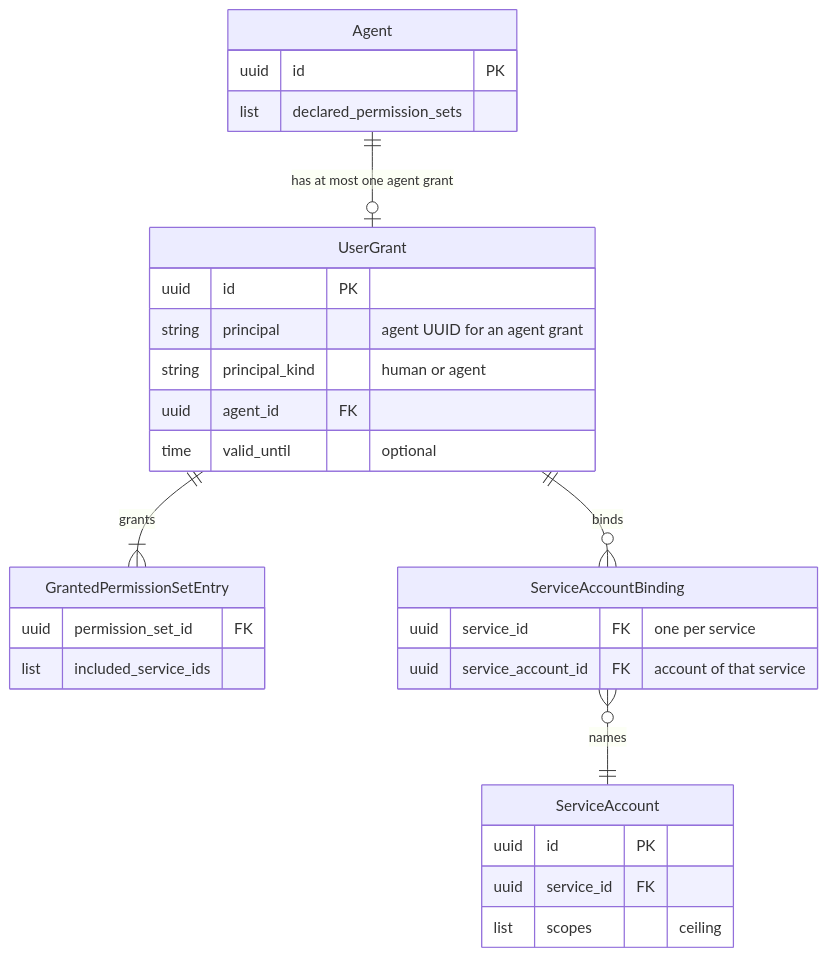
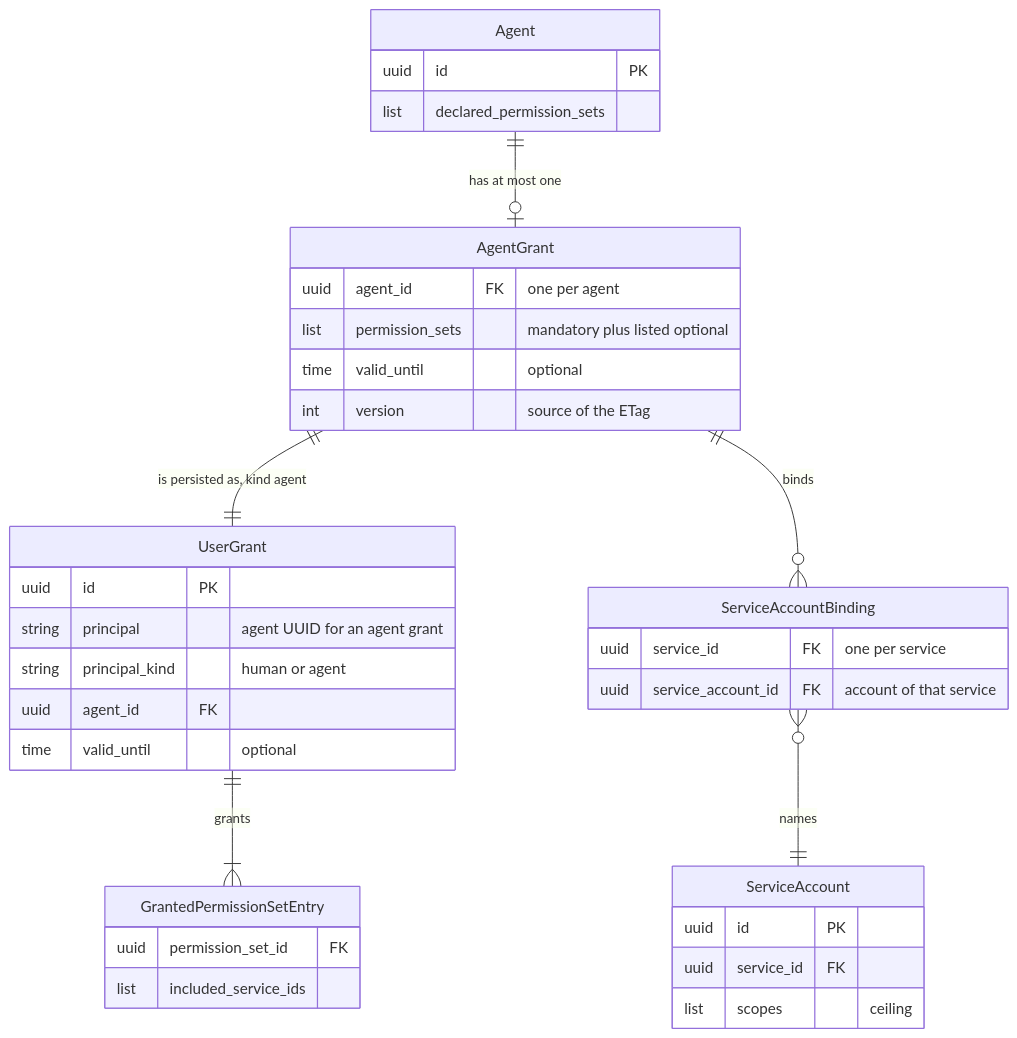
One commit to zalando-incubator/agentic-identity-broker changed the first of 2 diagrams in specs/20261127-144837-agent-grants/spec.md. Above: the diagram before and after it, drawn with Mermaid. The commit also changed other lines of this file, not shown here.

First line of the commit message:
docs(spec): agent grants always include mandatory permission sets

````diff
--- a/specs/20261127-144837-agent-grants/spec.md
+++ b/specs/20261127-144837-agent-grants/spec.md
@@ -424,31 +424,38 @@
 ```mermaid
 erDiagram
     Agent {
         uuid id PK
         list declared_permission_sets
+    }
+    AgentGrant {
+        uuid agent_id FK "one per agent"
+        list permission_sets "mandatory plus listed optional"
+        time valid_until "optional"
+        int version "source of the ETag"
     }
     UserGrant {
         uuid id PK
         string principal "agent UUID for an agent grant"
         string principal_kind "human or agent"
         uuid agent_id FK
         time valid_until "optional"
     }
     GrantedPermissionSetEntry {
         uuid permission_set_id FK
         list included_service_ids
     }
     ServiceAccountBinding {
         uuid service_id FK "one per service"
         uuid service_account_id FK "account of that service"
     }
     ServiceAccount {
         uuid id PK
         uuid service_id FK
         list scopes "ceiling"
     }
-    Agent ||--o| UserGrant : "has at most one agent grant"
+    Agent ||--o| AgentGrant : "has at most one"
+    AgentGrant ||--|| UserGrant : "is persisted as, kind agent"
     UserGrant ||--|{ GrantedPermissionSetEntry : "grants"
-    UserGrant ||--o{ ServiceAccountBinding : "binds"
+    AgentGrant ||--o{ ServiceAccountBinding : "binds"
     ServiceAccountBinding }o--|| ServiceAccount : "names"
 ```
````
